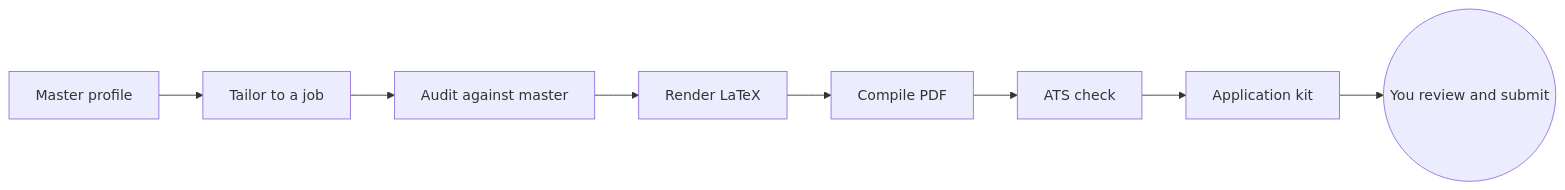
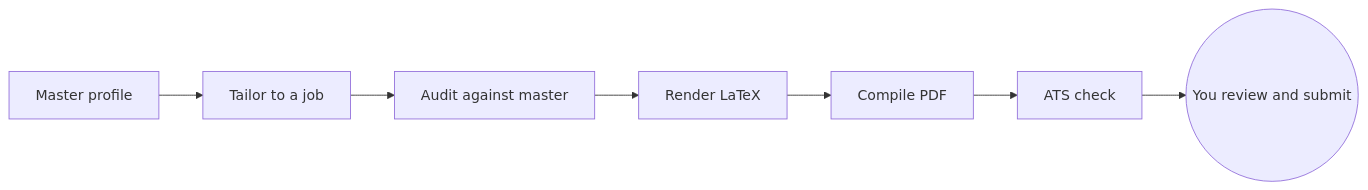
The diagram in README.md (slash-aug/cv-forge), drawn with Mermaid before and after one commit. The commit also changed other lines of this file and 2 other files, not shown here.

````diff
--- a/README.md
+++ b/README.md
@@ -39,10 +42,9 @@
 ```mermaid
 flowchart LR
     M[Master profile] --> T[Tailor to a job]
     T --> A[Audit against master]
     A --> R[Render LaTeX]
     R --> C[Compile PDF]
     C --> K[ATS check]
-    K --> P[Application kit]
-    P --> H((You review and submit))
+    K --> H((You review and submit))
 ```
````
